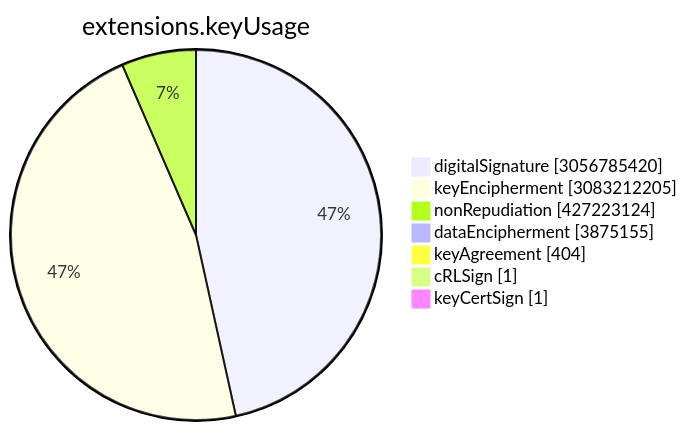
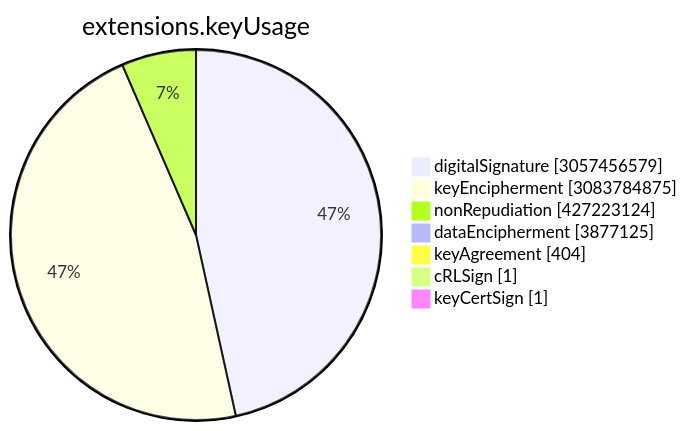
Before and after one commit to christiankrug/ctmonitor_visualization: the sixth of 15 diagrams in TOTAL/README.md, drawn with Mermaid. The commit also changed other lines of this file, not shown here.

````diff
--- a/TOTAL/README.md
+++ b/TOTAL/README.md
@@ -3077,11 +3077,11 @@
 ```mermaid
 pie showData
 title extensions.keyUsage
-"digitalSignature" :3056785420
-"keyEncipherment" :3083212205
+"digitalSignature" :3057456579
+"keyEncipherment" :3083784875
 "nonRepudiation" :427223124
-"dataEncipherment" :3875155
+"dataEncipherment" :3877125
 "keyAgreement" :404
 "cRLSign" :1
 "keyCertSign" :1
 ```
````
